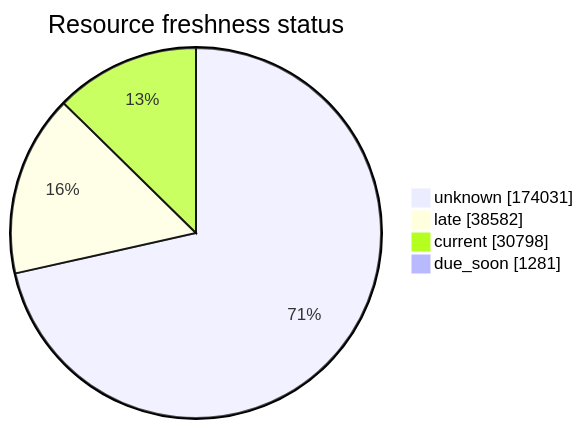
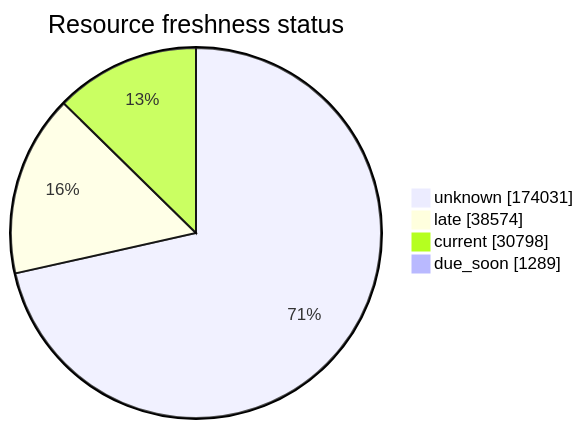
One commit to open-data/analytics-corporate-reporting changed the third of 5 diagrams in FreshCheck/README.md. Above: the diagram before and after it, drawn with Mermaid. The commit also changed other lines of this file and 3 other files, not shown here.

````diff
--- a/FreshCheck/README.md
+++ b/FreshCheck/README.md
@@ -77,7 +77,7 @@
 ```mermaid
 pie showData title Resource freshness status
     "unknown": 174031
-    "late": 38582
+    "late": 38574
     "current": 30798
-    "due_soon": 1281
+    "due_soon": 1289
 ```
````
